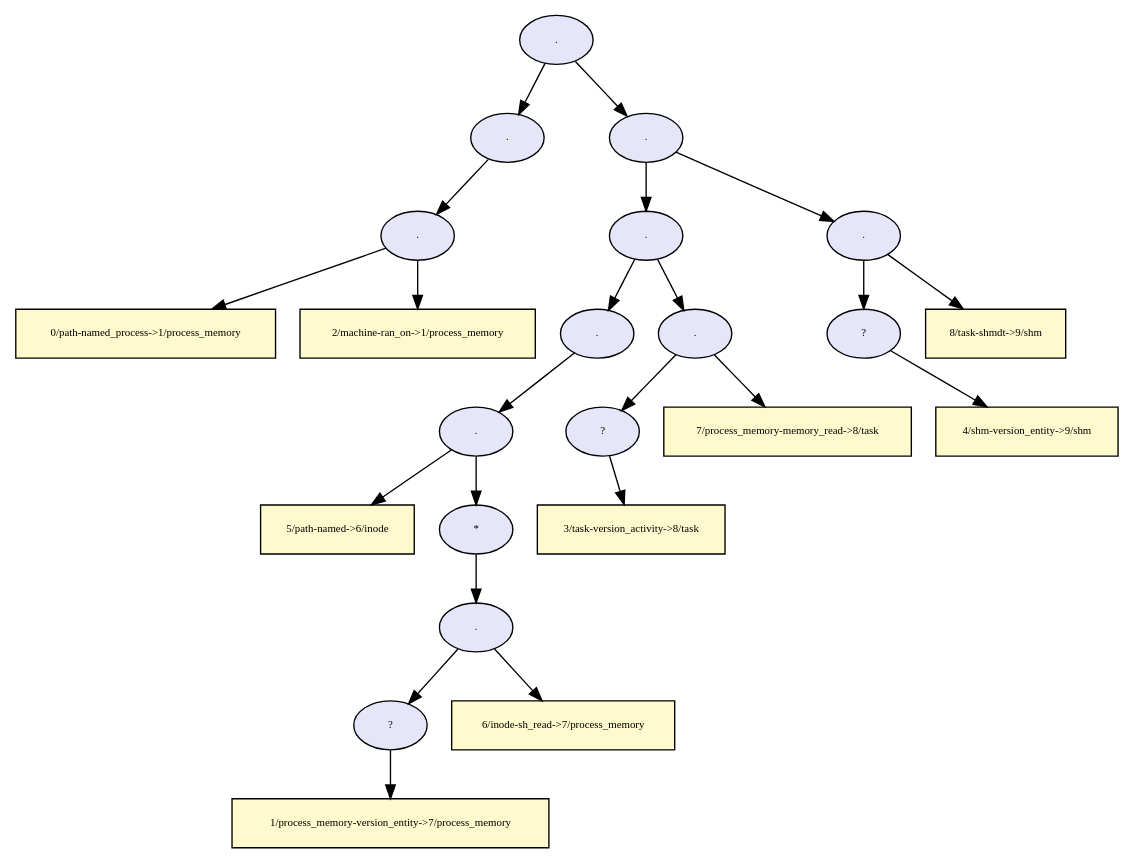
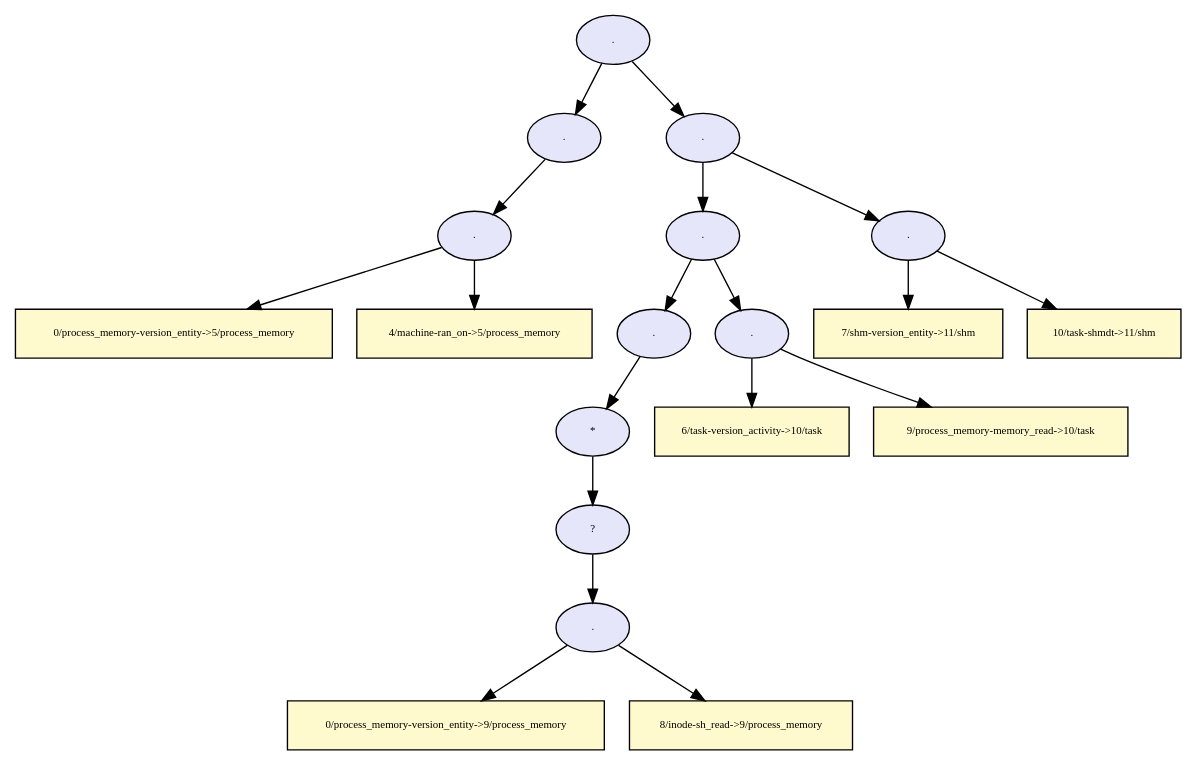
Before and after one commit to TinkerBellSystem/graph-matching: the diagram in dot/provenance_shm_shmdt_tree.dot, drawn with Graphviz. The commit also changed 70 other files, not shown here.

```diff
--- a/dot/provenance_shm_shmdt_tree.dot
+++ b/dot/provenance_shm_shmdt_tree.dot
@@ -1,91 +1,75 @@
-digraph RGL__DirectedAdjacencyGraph {22[fontsize = 8,label = ".",shape = ellipse, fillcolor="#e6e6fa", style = filled]
+digraph RGL__DirectedAdjacencyGraph {21[fontsize = 8,label = ".",shape = ellipse, fillcolor="#e6e6fa", style = filled]
 
-22 -> 3[fontsize = 8, color="#000000"]
+21 -> 6[fontsize = 8, color="#000000"]
 
-3[fontsize = 8,label = ".",shape = ellipse, fillcolor="#e6e6fa", style = filled]
+6[fontsize = 8,label = ".",shape = ellipse, fillcolor="#e6e6fa", style = filled]
 
-3 -> 2[fontsize = 8, color="#000000"]
+6 -> 5[fontsize = 8, color="#000000"]
 
-2[fontsize = 8,label = ".",shape = ellipse, fillcolor="#e6e6fa", style = filled]
+5[fontsize = 8,label = ".",shape = ellipse, fillcolor="#e6e6fa", style = filled]
 
-2 -> 0[fontsize = 8, color="#000000"]
+5 -> 3[fontsize = 8, color="#000000"]
 
-0[fontsize = 8,label = "0/path-named_process->1/process_memory",shape = rectangle, fillcolor="#fffacd", style = filled]
+3[fontsize = 8,label = "0/process_memory-version_entity->5/process_memory",shape = rectangle, fillcolor="#fffacd", style = filled]
 
-2 -> 1[fontsize = 8, color="#000000"]
+5 -> 4[fontsize = 8, color="#000000"]
 
-1[fontsize = 8,label = "2/machine-ran_on->1/process_memory",shape = rectangle, fillcolor="#fffacd", style = filled]
+4[fontsize = 8,label = "4/machine-ran_on->5/process_memory",shape = rectangle, fillcolor="#fffacd", style = filled]
 
-22 -> 21[fontsize = 8, color="#000000"]
+21 -> 20[fontsize = 8, color="#000000"]
 
-21[fontsize = 8,label = ".",shape = ellipse, fillcolor="#e6e6fa", style = filled]
+20[fontsize = 8,label = ".",shape = ellipse, fillcolor="#e6e6fa", style = filled]
 
-21 -> 16[fontsize = 8, color="#000000"]
+20 -> 16[fontsize = 8, color="#000000"]
 
 16[fontsize = 8,label = ".",shape = ellipse, fillcolor="#e6e6fa", style = filled]
 
-16 -> 11[fontsize = 8, color="#000000"]
+16 -> 12[fontsize = 8, color="#000000"]
 
-11[fontsize = 8,label = ".",shape = ellipse, fillcolor="#e6e6fa", style = filled]
+12[fontsize = 8,label = ".",shape = ellipse, fillcolor="#e6e6fa", style = filled]
+
+12 -> 11[fontsize = 8, color="#000000"]
+
+11[fontsize = 8,label = "*",shape = ellipse, fillcolor="#e6e6fa", style = filled]
 
 11 -> 10[fontsize = 8, color="#000000"]
 
-10[fontsize = 8,label = ".",shape = ellipse, fillcolor="#e6e6fa", style = filled]
-
-10 -> 4[fontsize = 8, color="#000000"]
-
-4[fontsize = 8,label = "5/path-named->6/inode",shape = rectangle, fillcolor="#fffacd", style = filled]
+10[fontsize = 8,label = "?",shape = ellipse, fillcolor="#e6e6fa", style = filled]
 
 10 -> 9[fontsize = 8, color="#000000"]
 
-9[fontsize = 8,label = "*",shape = ellipse, fillcolor="#e6e6fa", style = filled]
+9[fontsize = 8,label = ".",shape = ellipse, fillcolor="#e6e6fa", style = filled]
+
+9 -> 7[fontsize = 8, color="#000000"]
+
+7[fontsize = 8,label = "0/process_memory-version_entity->9/process_memory",shape = rectangle, fillcolor="#fffacd", style = filled]
 
 9 -> 8[fontsize = 8, color="#000000"]
 
-8[fontsize = 8,label = ".",shape = ellipse, fillcolor="#e6e6fa", style = filled]
-
-8 -> 6[fontsize = 8, color="#000000"]
-
-6[fontsize = 8,label = "?",shape = ellipse, fillcolor="#e6e6fa", style = filled]
-
-6 -> 5[fontsize = 8, color="#000000"]
-
-5[fontsize = 8,label = "1/process_memory-version_entity->7/process_memory",shape = rectangle, fillcolor="#fffacd", style = filled]
-
-8 -> 7[fontsize = 8, color="#000000"]
-
-7[fontsize = 8,label = "6/inode-sh_read->7/process_memory",shape = rectangle, fillcolor="#fffacd", style = filled]
+8[fontsize = 8,label = "8/inode-sh_read->9/process_memory",shape = rectangle, fillcolor="#fffacd", style = filled]
 
 16 -> 15[fontsize = 8, color="#000000"]
 
 15[fontsize = 8,label = ".",shape = ellipse, fillcolor="#e6e6fa", style = filled]
 
 15 -> 13[fontsize = 8, color="#000000"]
 
-13[fontsize = 8,label = "?",shape = ellipse, fillcolor="#e6e6fa", style = filled]
-
-13 -> 12[fontsize = 8, color="#000000"]
-
-12[fontsize = 8,label = "3/task-version_activity->8/task",shape = rectangle, fillcolor="#fffacd", style = filled]
+13[fontsize = 8,label = "6/task-version_activity->10/task",shape = rectangle, fillcolor="#fffacd", style = filled]
 
 15 -> 14[fontsize = 8, color="#000000"]
 
-14[fontsize = 8,label = "7/process_memory-memory_read->8/task",shape = rectangle, fillcolor="#fffacd", style = filled]
-
-21 -> 20[fontsize = 8, color="#000000"]
-
-20[fontsize = 8,label = ".",shape = ellipse, fillcolor="#e6e6fa", style = filled]
-
-20 -> 18[fontsize = 8, color="#000000"]
-
-18[fontsize = 8,label = "?",shape = ellipse, fillcolor="#e6e6fa", style = filled]
-
-18 -> 17[fontsize = 8, color="#000000"]
-
-17[fontsize = 8,label = "4/shm-version_entity->9/shm",shape = rectangle, fillcolor="#fffacd", style = filled]
+14[fontsize = 8,label = "9/process_memory-memory_read->10/task",shape = rectangle, fillcolor="#fffacd", style = filled]
 
 20 -> 19[fontsize = 8, color="#000000"]
 
-19[fontsize = 8,label = "8/task-shmdt->9/shm",shape = rectangle, fillcolor="#fffacd", style = filled]
+19[fontsize = 8,label = ".",shape = ellipse, fillcolor="#e6e6fa", style = filled]
+
+19 -> 17[fontsize = 8, color="#000000"]
+
+17[fontsize = 8,label = "7/shm-version_entity->11/shm",shape = rectangle, fillcolor="#fffacd", style = filled]
+
+19 -> 18[fontsize = 8, color="#000000"]
+
+18[fontsize = 8,label = "10/task-shmdt->11/shm",shape = rectangle, fillcolor="#fffacd", style = filled]
 
 }
```
